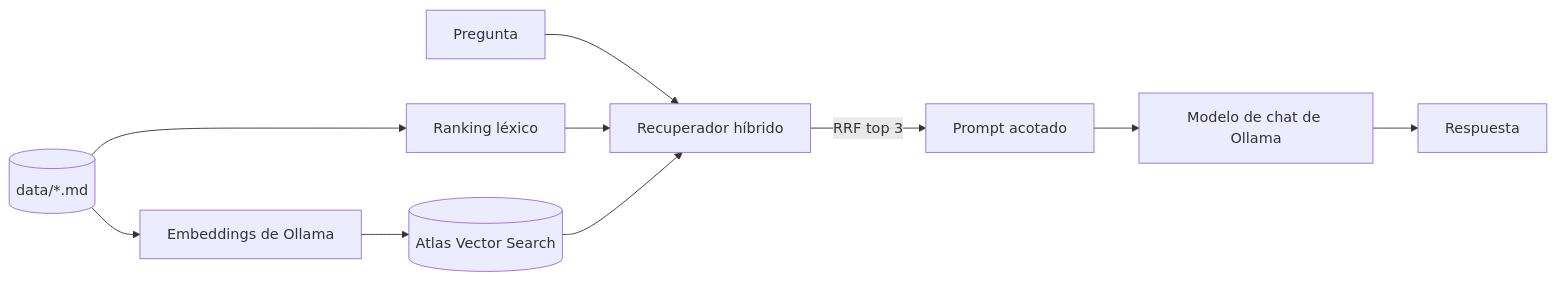
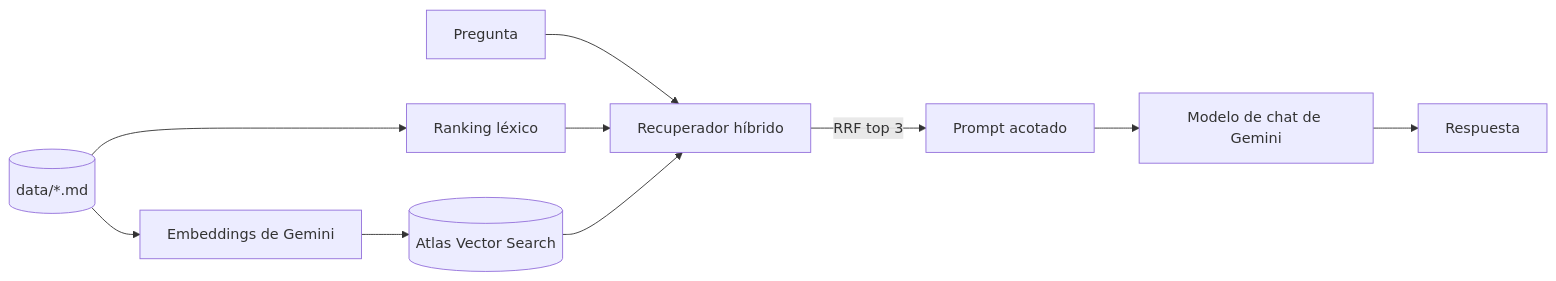
The diagram in README.md (bak1-H/career-agent), drawn with Mermaid before and after one commit. The commit also changed other lines of this file and 15 other files, not shown here.

````diff
--- a/README.md
+++ b/README.md
@@ -5,10 +5,10 @@
 ```mermaid
 flowchart LR
     Q[Pregunta] --> R[Recuperador híbrido]
     D[(data/*.md)] --> L[Ranking léxico]
-    D --> E[Embeddings de Ollama] --> V[(Atlas Vector Search)]
+    D --> E[Embeddings de Gemini] --> V[(Atlas Vector Search)]
     L --> R
     V --> R
     R -->|RRF top 3| P[Prompt acotado]
-    P --> M[Modelo de chat de Ollama] --> A[Respuesta]
+    P --> M[Modelo de chat de Gemini] --> A[Respuesta]
 ```
````
